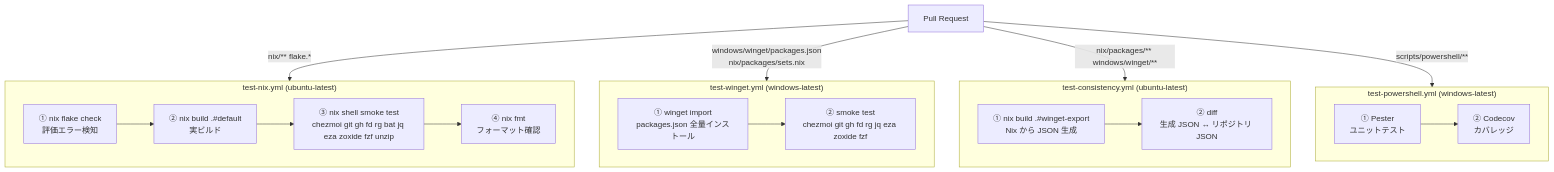
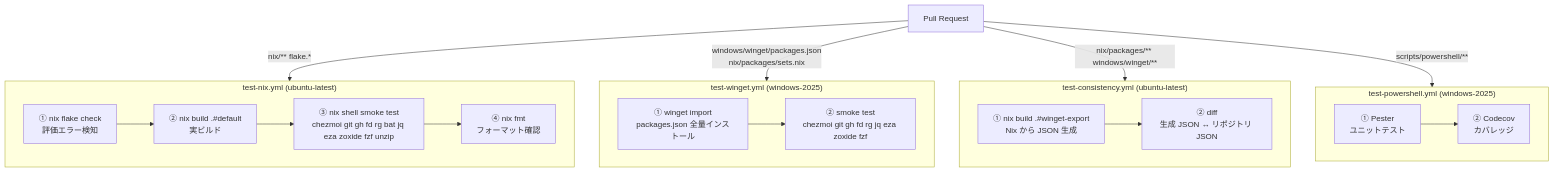
One commit to rurusasu/dotfiles changed the diagram in docs/architecture.md. Above: the diagram before and after it, drawn with Mermaid. The commit also changed other lines of this file, not shown here.

Commit message:
docs(LIF-224): update architecture.md runner labels to windows-2025

````diff
--- a/docs/architecture.md
+++ b/docs/architecture.md
@@ -267,35 +267,35 @@
 ```mermaid
 flowchart TD
     PR["Pull Request"]
 
     PR -->|"nix/** flake.*"| NX
     PR -->|"windows/winget/packages.json\nnix/packages/sets.nix"| WG
     PR -->|"nix/packages/** windows/winget/**"| CO
     PR -->|"scripts/powershell/**"| PS
 
     subgraph NX["test-nix.yml (ubuntu-latest)"]
         N1["① nix flake check\n評価エラー検知"]
         N2["② nix build .#default\n実ビルド"]
         N3["③ nix shell smoke test\nchezmoi git gh fd rg bat jq eza zoxide fzf unzip"]
         N4["④ nix fmt\nフォーマット確認"]
         N1 --> N2 --> N3 --> N4
     end
 
-    subgraph WG["test-winget.yml (windows-latest)"]
+    subgraph WG["test-winget.yml (windows-2025)"]
         W1["① winget import\npackages.json 全量インストール"]
         W2["② smoke test\nchezmoi git gh fd rg jq eza zoxide fzf"]
         W1 --> W2
     end
 
     subgraph CO["test-consistency.yml (ubuntu-latest)"]
         C1["① nix build .#winget-export\nNix から JSON 生成"]
         C2["② diff\n生成 JSON ↔ リポジトリ JSON"]
         C1 --> C2
     end
 
-    subgraph PS["test-powershell.yml (windows-latest)"]
+    subgraph PS["test-powershell.yml (windows-2025)"]
         P1["① Pester\nユニットテスト"]
         P2["② Codecov\nカバレッジ"]
         P1 --> P2
     end
 ```
````
